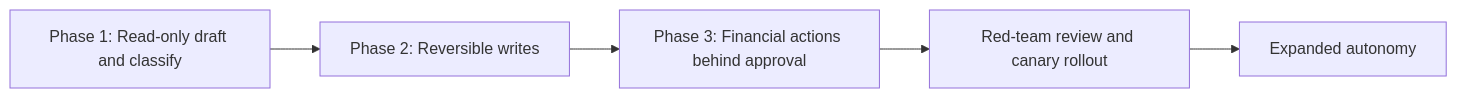
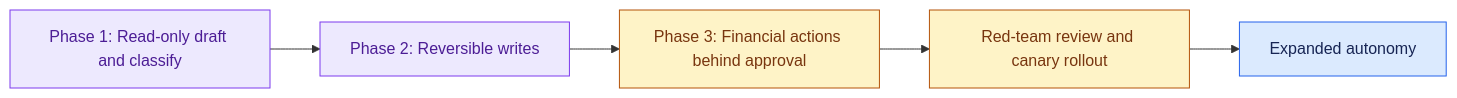
One commit to Sourav692/Forward-Deployed-Engineer-Interview-Prep changed the first of 2 diagrams in site/content/modules/15-fde-case-studies/agents-that-act/tool-using-agent-with-safety-controls/full-pack-part-3.md. Above: the diagram before and after it, drawn with Mermaid. The commit also changed other lines of this file and 1268 other files, not shown here.

First line of the commit message:
content: polish Casebook writing and Mermaid diagrams (#251)

````diff
--- a/site/content/modules/15-fde-case-studies/agents-that-act/tool-using-agent-with-safety-controls/full-pack-part-3.md
+++ b/site/content/modules/15-fde-case-studies/agents-that-act/tool-using-agent-with-safety-controls/full-pack-part-3.md
@@ -31,7 +42,15 @@
 ```mermaid
 flowchart LR
   A["Phase 1: Read-only draft and classify"] --> B["Phase 2: Reversible writes"]
   B --> C["Phase 3: Financial actions behind approval"]
   C --> D["Red-team review and canary rollout"]
   D --> E["Expanded autonomy"]
+
+    %% Casebook colours: entry, reasoning, results, controls, and stopped paths.
+    classDef cbReason fill:#ede9fe,stroke:#7c3aed,color:#4c1d95
+    class A,B cbReason
+    classDef cbPolicy fill:#fef3c7,stroke:#b45309,color:#78350f
+    class C,D cbPolicy
+    classDef cbInput fill:#dbeafe,stroke:#2563eb,color:#172554
+    class E cbInput
 ```
````
